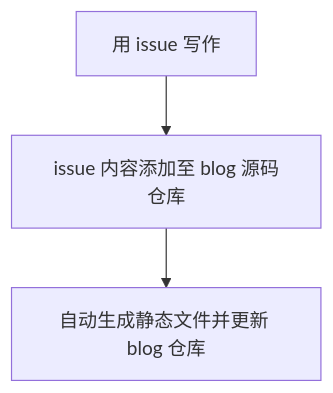
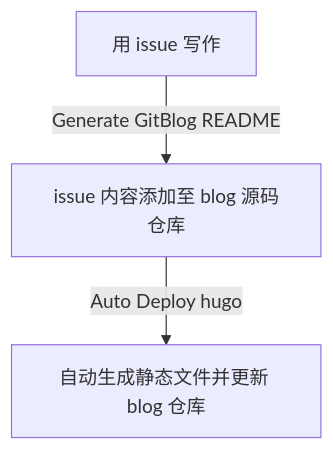
The diagram in content/cn/issues/1_用.GitHub.Issues.写博客.md (zhangakira/blog-data), drawn with Mermaid before and after one commit. The commit also changed other lines of this file and 1 other file, not shown here.

````diff
--- a/content/cn/issues/1_用.GitHub.Issues.写博客.md
+++ b/content/cn/issues/1_用.GitHub.Issues.写博客.md
@@ -7,5 +7,5 @@
 ```mermaid
 graph TD
-A[用 issue 写作] --> B[issue 内容添加至 blog 源码仓库]
-B --> C[自动生成静态文件并更新 blog 仓库]
+A[用 issue 写作] --> |Generate GitBlog README| B[issue 内容添加至 blog 源码仓库]
+B --> |Auto Deploy hugo| C[自动生成静态文件并更新 blog 仓库]
 ```
````
